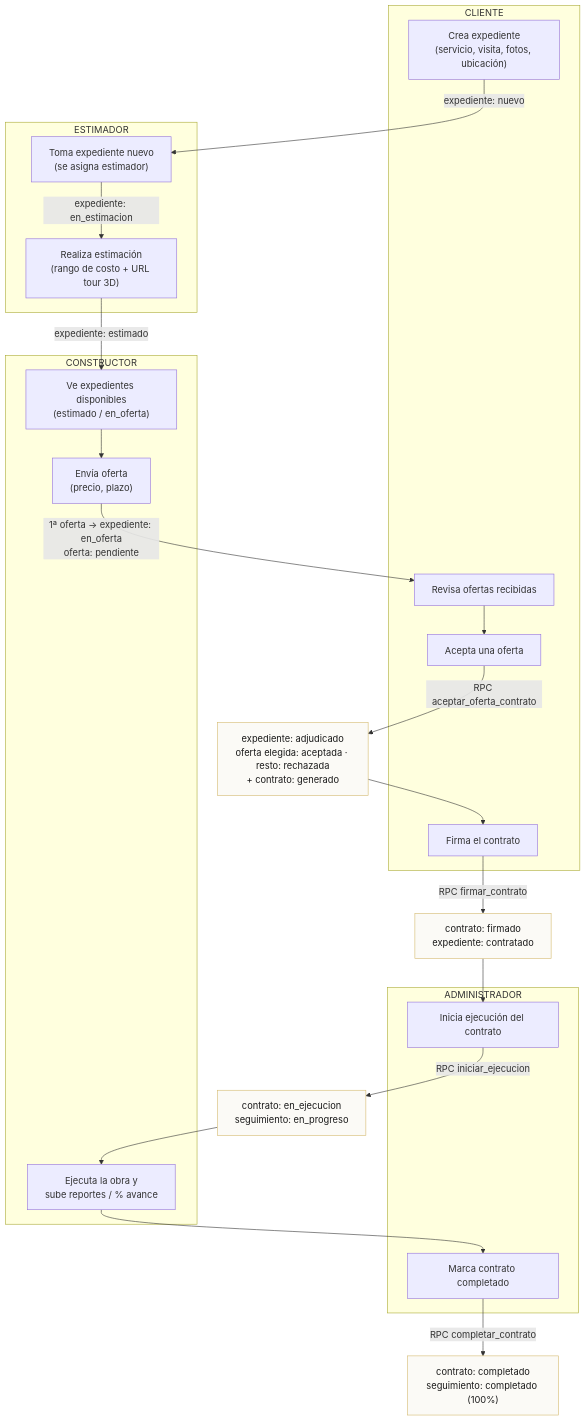
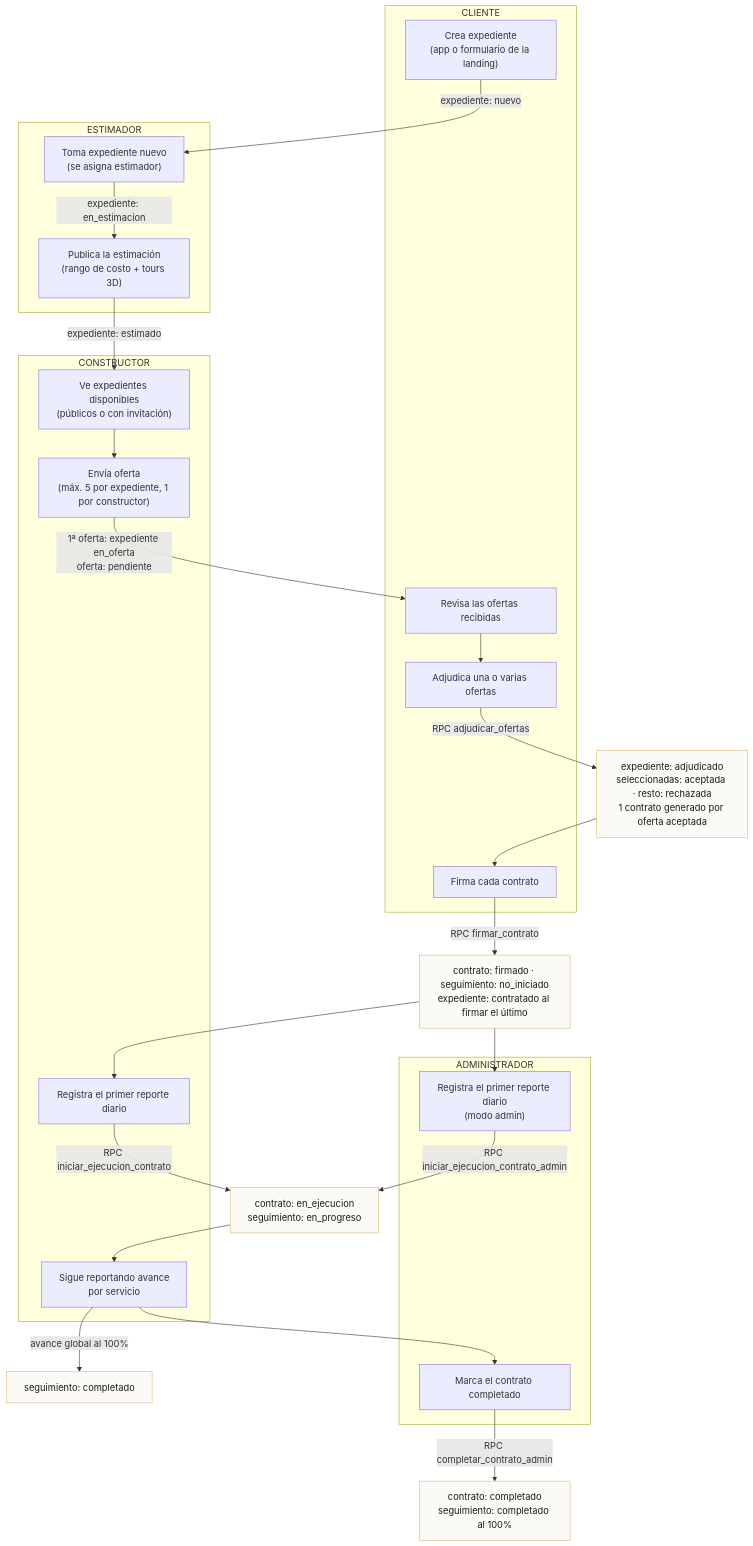
The first of 5 diagrams in docs/FLUJO_PROCESO.md (mynhar/Estimation3D), drawn with Mermaid before and after one commit. The commit also changed other lines of this file and 121 other files, not shown here.

````diff
--- a/docs/FLUJO_PROCESO.md
+++ b/docs/FLUJO_PROCESO.md
@@ -21,44 +36,47 @@
 ```mermaid
 flowchart TD
     subgraph CLIENTE
-        A1["Crea expediente<br/>(servicio, visita, fotos, ubicación)"]
-        A2["Revisa ofertas recibidas"]
-        A3["Acepta una oferta"]
-        A4["Firma el contrato"]
+        A1["Crea expediente<br/>(app o formulario de la landing)"]
+        A2["Revisa las ofertas recibidas"]
+        A3["Adjudica una o varias ofertas"]
+        A4["Firma cada contrato"]
     end
 
     subgraph ESTIMADOR
         B1["Toma expediente nuevo<br/>(se asigna estimador)"]
-        B2["Realiza estimación<br/>(rango de costo + URL tour 3D)"]
+        B2["Publica la estimación<br/>(rango de costo + tours 3D)"]
     end
 
     subgraph CONSTRUCTOR
-        C1["Ve expedientes disponibles<br/>(estimado / en_oferta)"]
-        C2["Envía oferta<br/>(precio, plazo)"]
-        C3["Ejecuta la obra y<br/>sube reportes / % avance"]
+        C1["Ve expedientes disponibles<br/>(públicos o con invitación)"]
+        C2["Envía oferta<br/>(máx. 5 por expediente, 1 por constructor)"]
+        C3["Registra el primer reporte diario"]
+        C4["Sigue reportando avance<br/>por servicio"]
     end
 
     subgraph ADMINISTRADOR
-        D1["Inicia ejecución del contrato"]
-        D2["Marca contrato completado"]
+        D0["Registra el primer reporte diario<br/>(modo admin)"]
+        D1["Marca el contrato completado"]
     end
 
     A1 -->|expediente: nuevo| B1
     B1 -->|expediente: en_estimacion| B2
     B2 -->|expediente: estimado| C1
     C1 --> C2
-    C2 -->|1ª oferta → expediente: en_oferta<br/>oferta: pendiente| A2
+    C2 -->|"1ª oferta: expediente en_oferta<br/>oferta: pendiente"| A2
     A2 --> A3
-    A3 -->|RPC aceptar_oferta_contrato| ADJ
-    ADJ["expediente: adjudicado<br/>oferta elegida: aceptada · resto: rechazada<br/>+ contrato: generado"] --> A4
+    A3 -->|RPC adjudicar_ofertas| ADJ
+    ADJ["expediente: adjudicado<br/>seleccionadas: aceptada · resto: rechazada<br/>1 contrato generado por oferta aceptada"] --> A4
     A4 -->|RPC firmar_contrato| FIRM
-    FIRM["contrato: firmado<br/>expediente: contratado"] --> D1
-    D1 -->|RPC iniciar_ejecucion| EJEC
-    EJEC["contrato: en_ejecucion<br/>seguimiento: en_progreso"] --> C3
-    C3 --> D2
-    D2 -->|RPC completar_contrato| FIN
-    FIN["contrato: completado<br/>seguimiento: completado (100%)"]
+    FIRM["contrato: firmado · seguimiento: no_iniciado<br/>expediente: contratado al firmar el último"] --> C3
+    FIRM --> D0
+    C3 -->|RPC iniciar_ejecucion_contrato| EJEC
+    D0 -->|RPC iniciar_ejecucion_contrato_admin| EJEC
+    EJEC["contrato: en_ejecucion<br/>seguimiento: en_progreso"] --> C4
+    C4 -->|avance global al 100%| OBRA["seguimiento: completado"]
+    C4 --> D1
+    D1 -->|RPC completar_contrato_admin| FIN["contrato: completado<br/>seguimiento: completado al 100%"]
 
     classDef estado fill:#FBFAF6,stroke:#D4B96E,color:#1A1A1A;
-    class ADJ,FIRM,EJEC,FIN estado;
+    class ADJ,FIRM,EJEC,OBRA,FIN estado;
 ```
````
